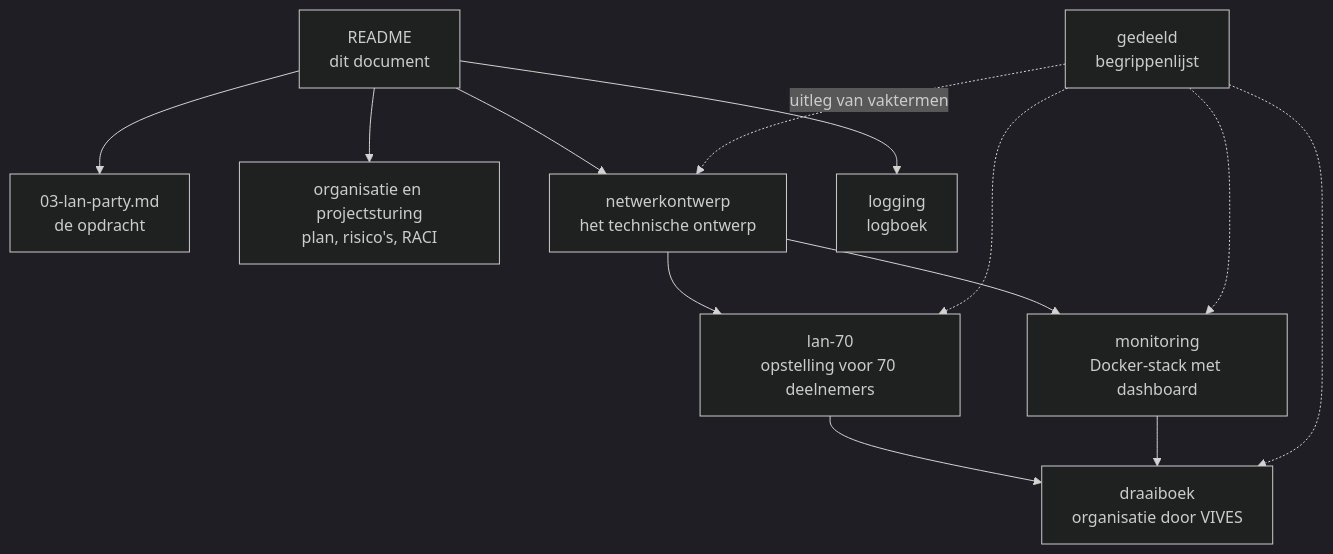
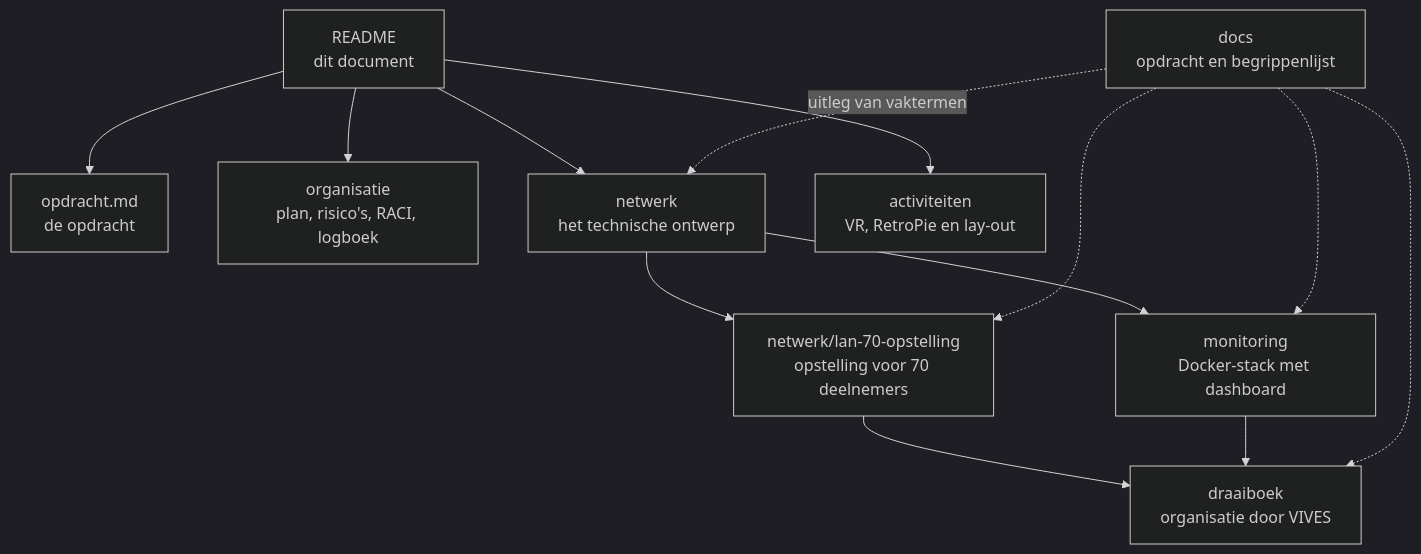
The diagram in README.md (kyell182/project-3---lanparty-26), drawn with Mermaid (dark theme) before and after one commit. The commit also changed other lines of this file and 36 other files, not shown here.

````diff
--- a/README.md
+++ b/README.md
@@ -15,25 +15,25 @@
 ```mermaid
 graph TD
     R["README<br/>dit document"]
-    O["03-lan-party.md<br/>de opdracht"]
-    P["organisatie en projectsturing<br/>plan, risico's, RACI"]
-    N["netwerkontwerp<br/>het technische ontwerp"]
-    L["lan-70<br/>opstelling voor 70 deelnemers"]
+    O["opdracht.md<br/>de opdracht"]
+    P["organisatie<br/>plan, risico's, RACI, logboek"]
+    N["netwerk<br/>het technische ontwerp"]
+    L["netwerk/lan-70-opstelling<br/>opstelling voor 70 deelnemers"]
     M["monitoring<br/>Docker-stack met dashboard"]
     D["draaiboek<br/>organisatie door VIVES"]
-    G["gedeeld<br/>begrippenlijst"]
-    LG["logging<br/>logboek"]
+    G["docs<br/>opdracht en begrippenlijst"]
+    A["activiteiten<br/>VR, RetroPie en lay-out"]
 
     R --> O
     R --> P
     R --> N
     N --> L
     N --> M
     L --> D
     M --> D
-    R --> LG
+    R --> A
     G -.->|"uitleg van vaktermen"| N
     G -.-> L
     G -.-> M
     G -.-> D
 ```
````
